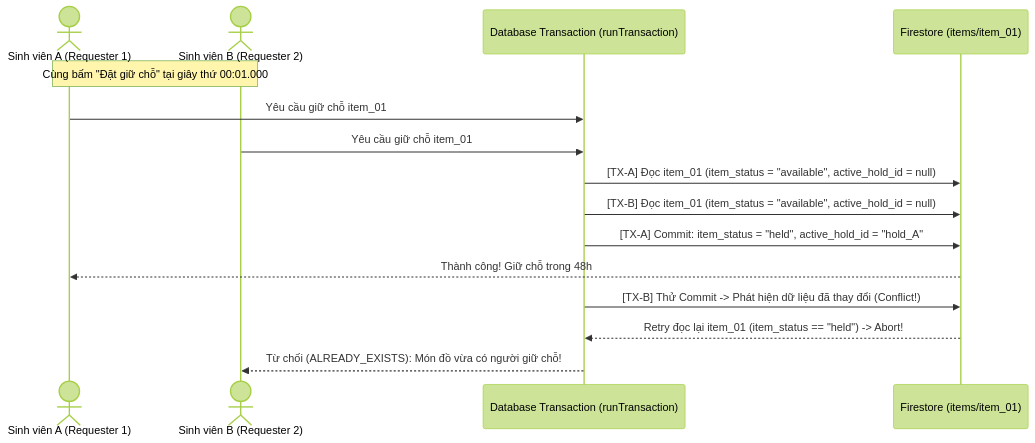
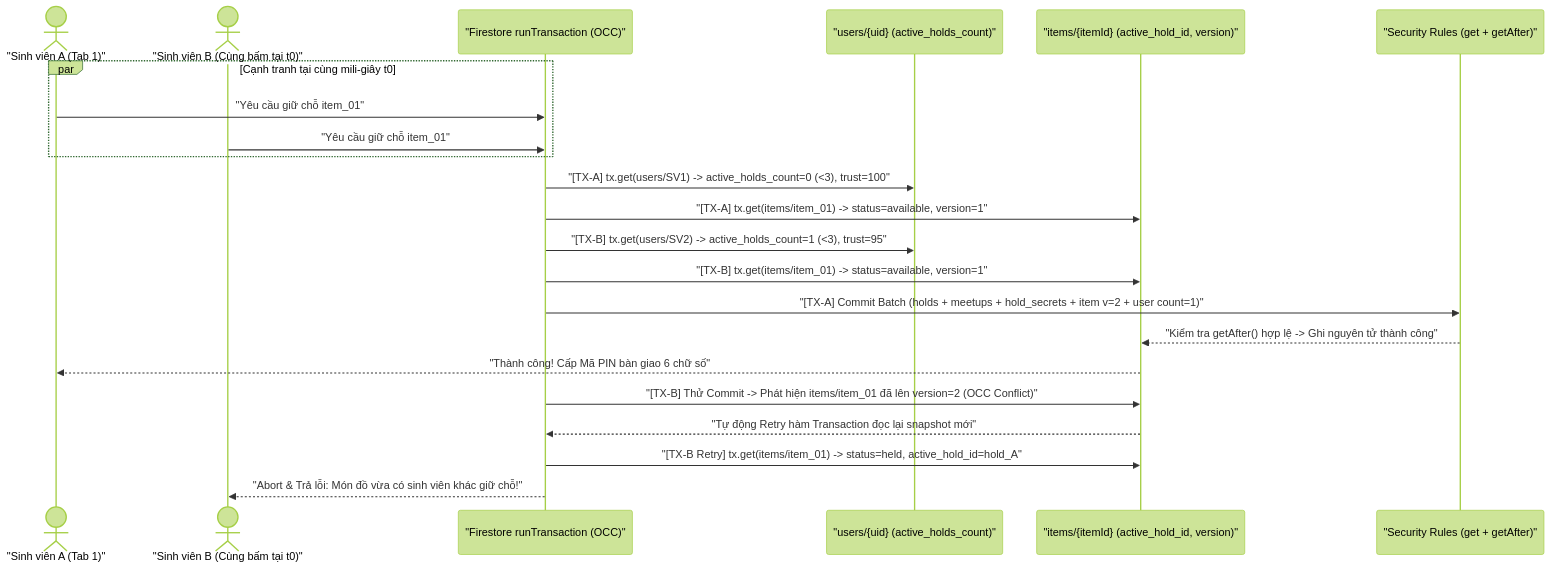
One commit to viducthanhdat-web/Do-an changed the fourth of 4 diagrams in SRS_UniExchange.md. Above: the diagram before and after it, drawn with Mermaid (forest theme). The commit also changed other lines of this file and 19 other files, not shown here.

````diff
--- a/SRS_UniExchange.md
+++ b/SRS_UniExchange.md
@@ -251,18 +307,28 @@
 ```mermaid
 sequenceDiagram
-    actor SV_A as Sinh viên A (Requester 1)
-    actor SV_B as Sinh viên B (Requester 2)
-    participant TX as Database Transaction (runTransaction)
-    participant DB as Firestore (items/item_01)
+    actor SV1 as "Sinh viên A (Tab 1)"
+    actor SV2 as "Sinh viên B (Cùng bấm tại t0)"
+    participant TX as "Firestore runTransaction (OCC)"
+    participant UserDoc as "users/{uid} (active_holds_count)"
+    participant ItemDoc as "items/{itemId} (active_hold_id, version)"
+    participant Rules as "Security Rules (get + getAfter)"
 
-    Note over SV_A, SV_B: Cùng bấm "Đặt giữ chỗ" tại giây thứ 00:01.000
-    SV_A->>TX: Yêu cầu giữ chỗ item_01
-    SV_B->>TX: Yêu cầu giữ chỗ item_01
-    TX->>DB: [TX-A] Đọc item_01 (item_status = "available", active_hold_id = null)
-    TX->>DB: [TX-B] Đọc item_01 (item_status = "available", active_hold_id = null)
-    TX->>DB: [TX-A] Commit: item_status = "held", active_hold_id = "hold_A"
-    DB-->>SV_A: Thành công! Giữ chỗ trong 48h
-    TX->>DB: [TX-B] Thử Commit -> Phát hiện dữ liệu đã thay đổi (Conflict!)
-    DB-->>TX: Retry đọc lại item_01 (item_status == "held") -> Abort!
-    TX-->>SV_B: Từ chối (ALREADY_EXISTS): Món đồ vừa có người giữ chỗ!
+    par Cạnh tranh tại cùng mili-giây t0
+        SV1->>TX: "Yêu cầu giữ chỗ item_01"
+        SV2->>TX: "Yêu cầu giữ chỗ item_01"
+    end
+
+    TX->>UserDoc: "[TX-A] tx.get(users/SV1) -> active_holds_count=0 (<3), trust=100"
+    TX->>ItemDoc: "[TX-A] tx.get(items/item_01) -> status=available, version=1"
+    TX->>UserDoc: "[TX-B] tx.get(users/SV2) -> active_holds_count=1 (<3), trust=95"
+    TX->>ItemDoc: "[TX-B] tx.get(items/item_01) -> status=available, version=1"
+
+    TX->>Rules: "[TX-A] Commit Batch (holds + meetups + hold_secrets + item v=2 + user count=1)"
+    Rules-->>ItemDoc: "Kiểm tra getAfter() hợp lệ -> Ghi nguyên tử thành công"
+    ItemDoc-->>SV1: "Thành công! Cấp Mã PIN bàn giao 6 chữ số"
+
+    TX->>ItemDoc: "[TX-B] Thử Commit -> Phát hiện items/item_01 đã lên version=2 (OCC Conflict)"
+    ItemDoc-->>TX: "Tự động Retry hàm Transaction đọc lại snapshot mới"
+    TX->>ItemDoc: "[TX-B Retry] tx.get(items/item_01) -> status=held, active_hold_id=hold_A"
+    TX-->>SV2: "Abort & Trả lỗi: Món đồ vừa có sinh viên khác giữ chỗ!"
 ```
````
